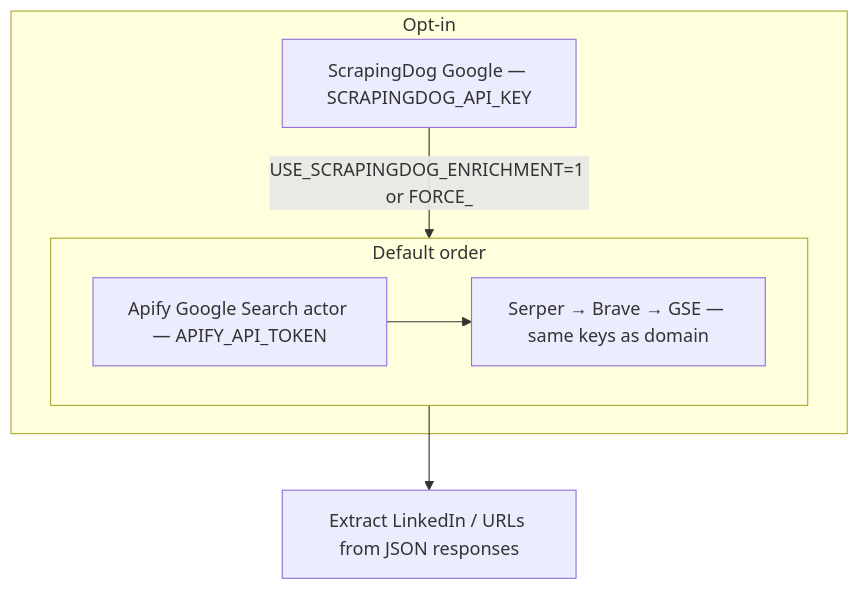
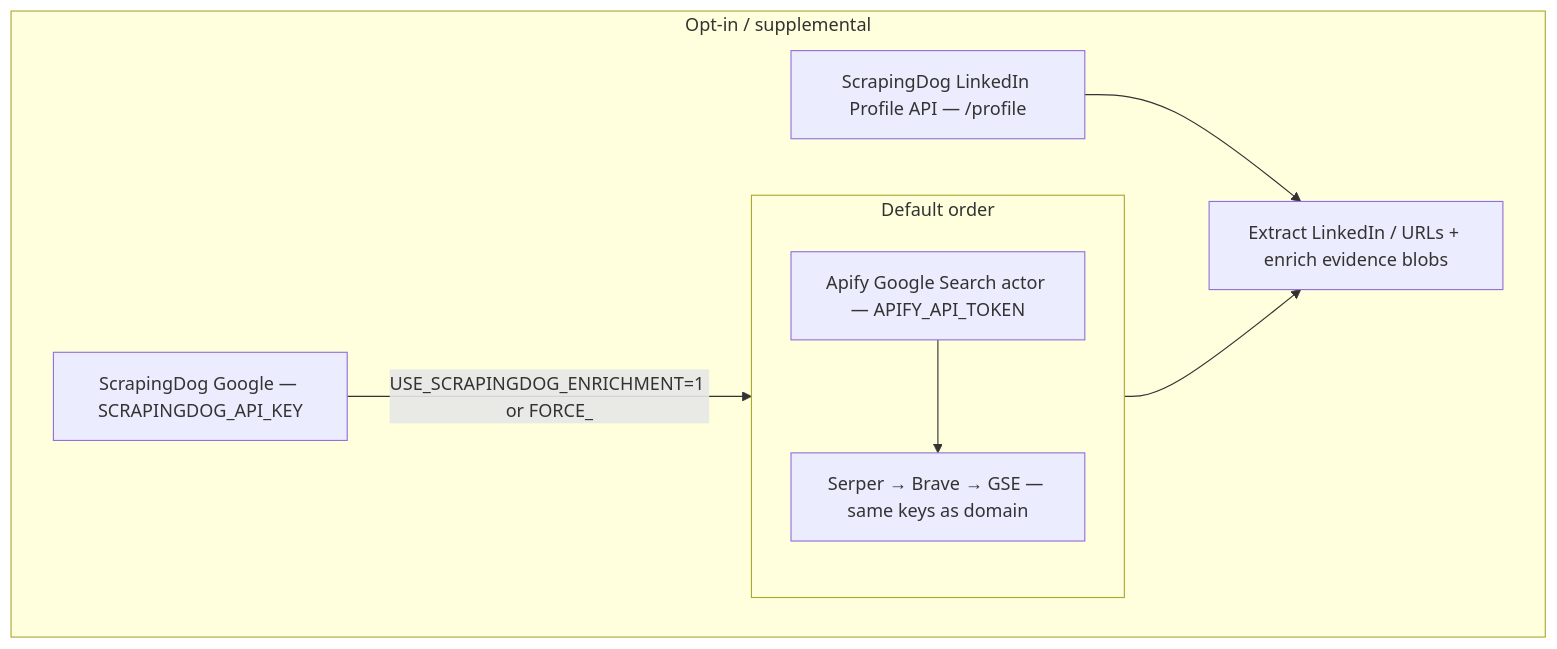
One commit to tomaspconer89-spec/leadpoet-sn71 changed the fourth of 6 diagrams in docs/MINER_PIPELINE-DIAGRAM.md. Above: the diagram before and after it, drawn with Mermaid. The commit also changed other lines of this file and 96 other files, not shown here.

````diff
--- a/docs/MINER_PIPELINE-DIAGRAM.md
+++ b/docs/MINER_PIPELINE-DIAGRAM.md
@@ -113,12 +113,14 @@
 ```mermaid
 flowchart TB
   subgraph primary["Default order"]
     A1[Apify Google Search actor — APIFY_API_TOKEN]
     A1 --> A2[Serper → Brave → GSE — same keys as domain]
   end
-  subgraph opt["Opt-in"]
+  subgraph opt["Opt-in / supplemental"]
     SD[ScrapingDog Google — SCRAPINGDOG_API_KEY]
+    SDP[ScrapingDog LinkedIn Profile API — /profile]
     SD -->|USE_SCRAPINGDOG_ENRICHMENT=1 or FORCE_| primary
+    SDP --> URLS
   end
-  primary --> URLS[Extract LinkedIn / URLs from JSON responses]
+  primary --> URLS[Extract LinkedIn / URLs + enrich evidence blobs]
 ```
````
